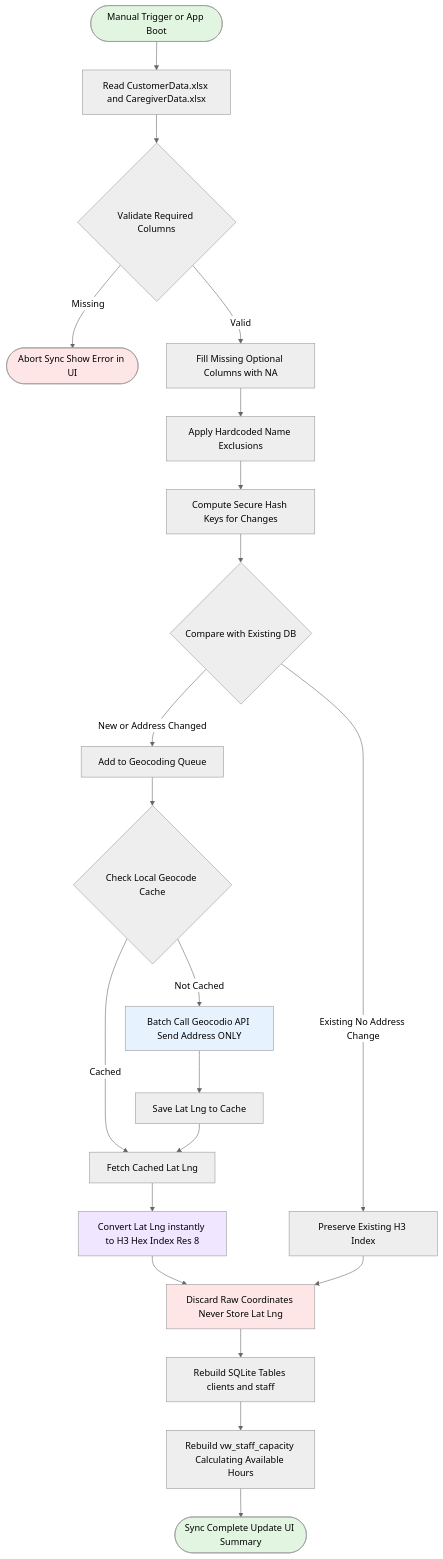
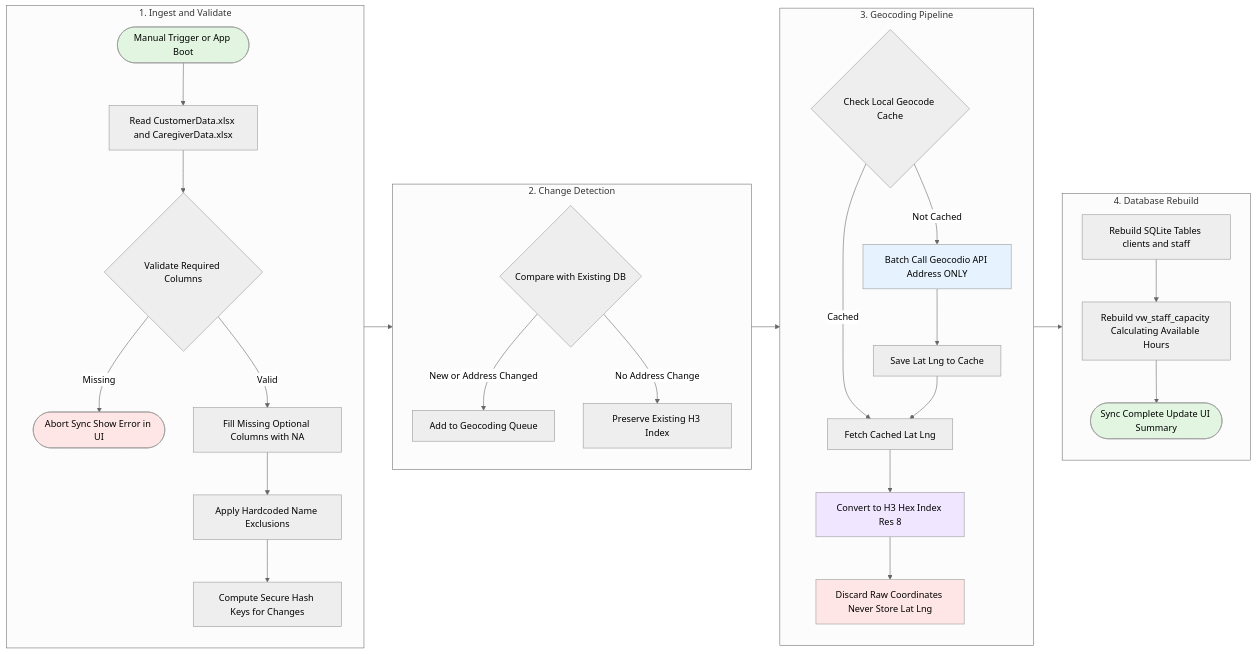
Before and after one commit to the-write-path-code/ch7-proactive-event-driven-agents: the diagram in workflows/etl_pipeline.md, drawn with Mermaid (neutral theme).

Commit message:
Refactor ETL pipeline diagram for clarity

````diff
--- a/workflows/etl_pipeline.md
+++ b/workflows/etl_pipeline.md
@@ -7,42 +7,48 @@
 ```mermaid
-flowchart TD
-    Start([Manual Trigger or App Boot]) --> ReadExcel[Read CustomerData.xlsx and CaregiverData.xlsx]
+flowchart LR
+    subgraph P1["1. Ingest and Validate"]
+        direction TB
+        Start([Manual Trigger or App Boot]) --> ReadExcel[Read CustomerData.xlsx and CaregiverData.xlsx]
+        ReadExcel --> Validate{Validate Required Columns}
+        Validate -->|Missing| Abort([Abort Sync Show Error in UI])
+        Validate -->|Valid| FillOptional[Fill Missing Optional Columns with NA]
+        FillOptional --> Exclusions[Apply Hardcoded Name Exclusions]
+        Exclusions --> SurrogateKey[Compute Secure Hash Keys for Changes]
+    end
 
-    ReadExcel --> Validate{Validate Required Columns}
-    Validate -->|Missing| Abort([Abort Sync Show Error in UI])
-    Validate -->|Valid| FillOptional[Fill Missing Optional Columns with NA]
+    subgraph P2["2. Change Detection"]
+        direction TB
+        Compare{Compare with Existing DB}
+        Compare -->|New or Address Changed| GeocodeQueue[Add to Geocoding Queue]
+        Compare -->|No Address Change| Preserve[Preserve Existing H3 Index]
+    end
 
-    FillOptional --> Exclusions[Apply Hardcoded Name Exclusions]
+    subgraph P3["3. Geocoding Pipeline"]
+        direction TB
+        CheckCache{Check Local Geocode Cache}
+        CheckCache -->|Cached| FetchCache[Fetch Cached Lat Lng]
+        CheckCache -->|Not Cached| CallGeocodio[Batch Call Geocodio API Address ONLY]
+        CallGeocodio --> SaveCache[Save Lat Lng to Cache]
+        SaveCache --> FetchCache
+        FetchCache --> H3Conversion[Convert to H3 Hex Index Res 8]
+        H3Conversion --> Discard[Discard Raw Coordinates Never Store Lat Lng]
+    end
 
-    Exclusions --> SurrogateKey[Compute Secure Hash Keys for Changes]
+    subgraph P4["4. Database Rebuild"]
+        direction TB
+        RebuildDB[Rebuild SQLite Tables clients and staff]
+        RebuildDB --> RebuildView[Rebuild vw_staff_capacity Calculating Available Hours]
+        RebuildView --> End([Sync Complete Update UI Summary])
+    end
 
-    SurrogateKey --> Compare{Compare with Existing DB}
-
-    Compare -->|New or Address Changed| GeocodeQueue[Add to Geocoding Queue]
-    Compare -->|Existing No Address Change| Preserve[Preserve Existing H3 Index]
-
-    GeocodeQueue --> CheckCache{Check Local Geocode Cache}
-
-    CheckCache -->|Cached| FetchCache[Fetch Cached Lat Lng]
-    CheckCache -->|Not Cached| CallGeocodio[Batch Call Geocodio API Send Address ONLY]
-
-    CallGeocodio --> SaveCache[Save Lat Lng to Cache]
-    SaveCache --> FetchCache
-
-    FetchCache --> H3Conversion[Convert Lat Lng instantly to H3 Hex Index Res 8]
-
-    H3Conversion --> Discard[Discard Raw Coordinates Never Store Lat Lng]
-    Preserve --> Discard
-
-    Discard --> RebuildDB[Rebuild SQLite Tables clients and staff]
-    RebuildDB --> RebuildView[Rebuild vw_staff_capacity Calculating Available Hours]
-
-    RebuildView --> End([Sync Complete Update UI Summary])
+    P1 --> P2
+    P2 --> P3
+    P3 --> P4
 
     style Start fill:#e1f5e1
     style End fill:#e1f5e1
     style Abort fill:#ffe6e6
     style CallGeocodio fill:#e6f3ff
     style H3Conversion fill:#f0e6ff
     style Discard fill:#ffe6e6
 ```
````
